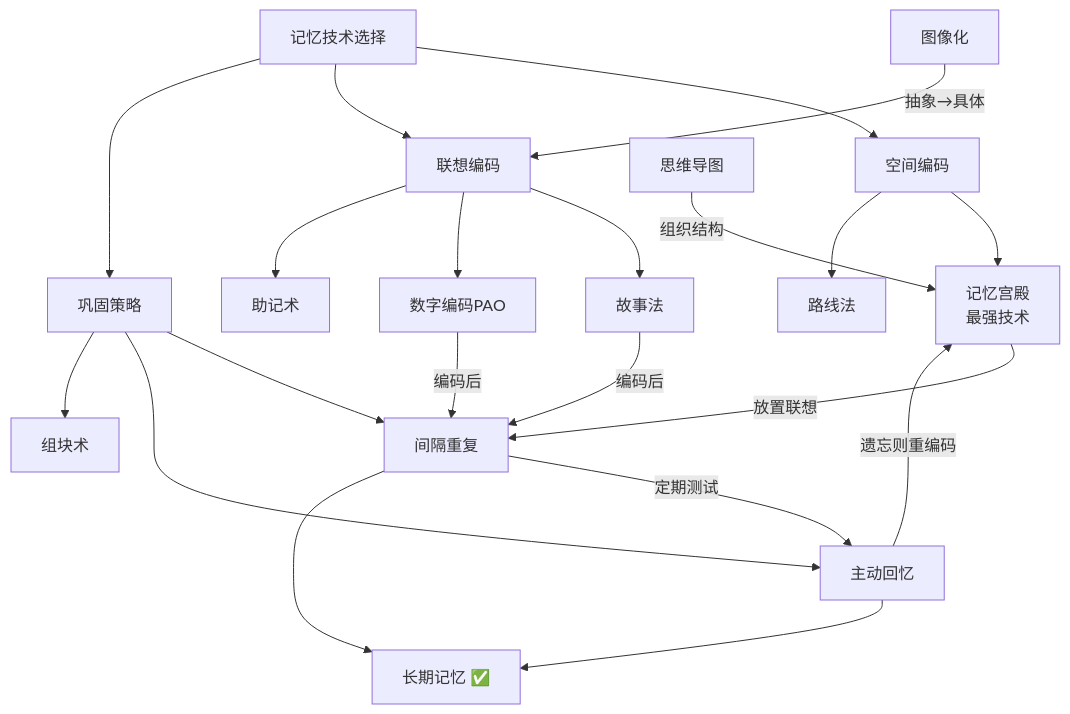
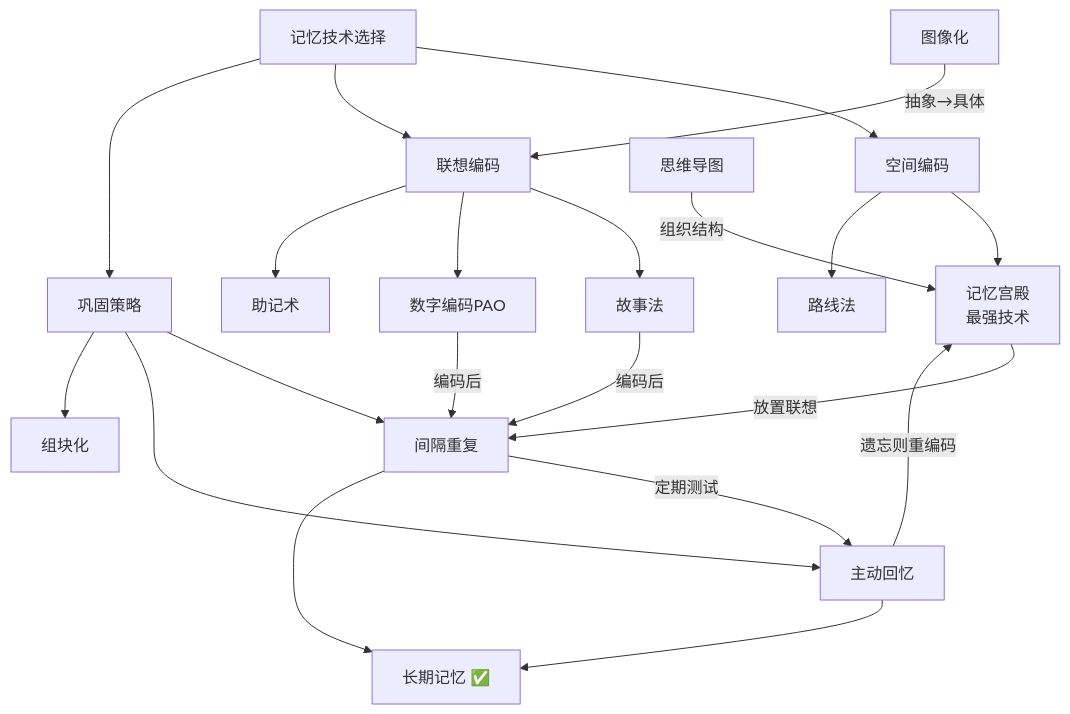
The second of 3 diagrams in 02-核心记忆技巧.md (brother2050/memory-guide), drawn with Mermaid before and after one commit. The commit also changed other lines of this file and 47 other files, not shown here.

````diff
--- a/02-核心记忆技巧.md
+++ b/02-核心记忆技巧.md
@@ -72,29 +72,29 @@
 ```mermaid
 graph TD
     START["记忆技术选择"] --> SPATIAL["空间编码"]
     START --> ASSOC["联想编码"]
     START --> REPET["巩固策略"]
 
     SPATIAL --> PALACE["记忆宫殿\n最强技术"]
     SPATIAL --> ROUTE["路线法"]
 
     ASSOC --> STORY["故事法"]
     ASSOC --> NUM["数字编码PAO"]
     ASSOC --> MNEMONIC["助记术"]
 
     REPET --> SR["间隔重复"]
     REPET --> AR["主动回忆"]
-    REPET --> CHUNK["组块术"]
+    REPET --> CHUNK["组块化"]
 
     PALACE -->|"放置联想"| SR
     STORY -->|"编码后"| SR
     NUM -->|"编码后"| SR
     SR -->|"定期测试"| AR
     AR -->|"遗忘则重编码"| PALACE
 
     MINDMAP["思维导图"] -->|"组织结构"| PALACE
     VISUAL["图像化"] -->|"抽象→具体"| ASSOC
 
     SR --> RESULT["长期记忆 ✅"]
     AR --> RESULT
 ```
````
